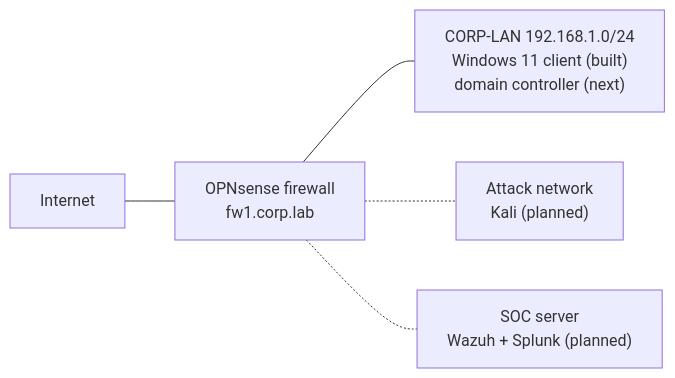
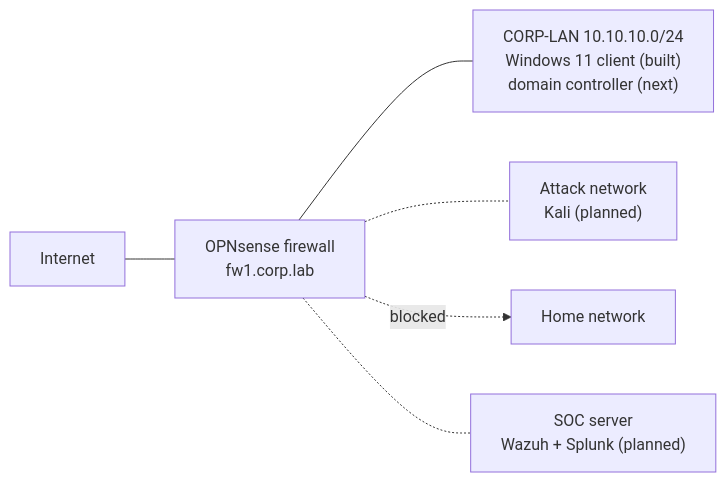
The second of 2 diagrams in README.md (jaydenambrose5-beep/cybersecurity-labs), drawn with Mermaid before and after one commit. The commit also changed other lines of this file and 25 other files, not shown here.

````diff
--- a/README.md
+++ b/README.md
@@ -101,7 +102,8 @@
 ```mermaid
 flowchart LR
     NET["Internet"] --- FW["OPNsense firewall<br/>fw1.corp.lab"]
-    FW --- CORP["CORP-LAN 192.168.1.0/24<br/>Windows 11 client (built)<br/>domain controller (next)"]
+    FW --- CORP["CORP-LAN 10.10.10.0/24<br/>Windows 11 client (built)<br/>domain controller (next)"]
     FW -.- ATK["Attack network<br/>Kali (planned)"]
+    FW -. "blocked" .-> HOME["Home network"]
     FW -.- SOC["SOC server<br/>Wazuh + Splunk (planned)"]
 ```
````
